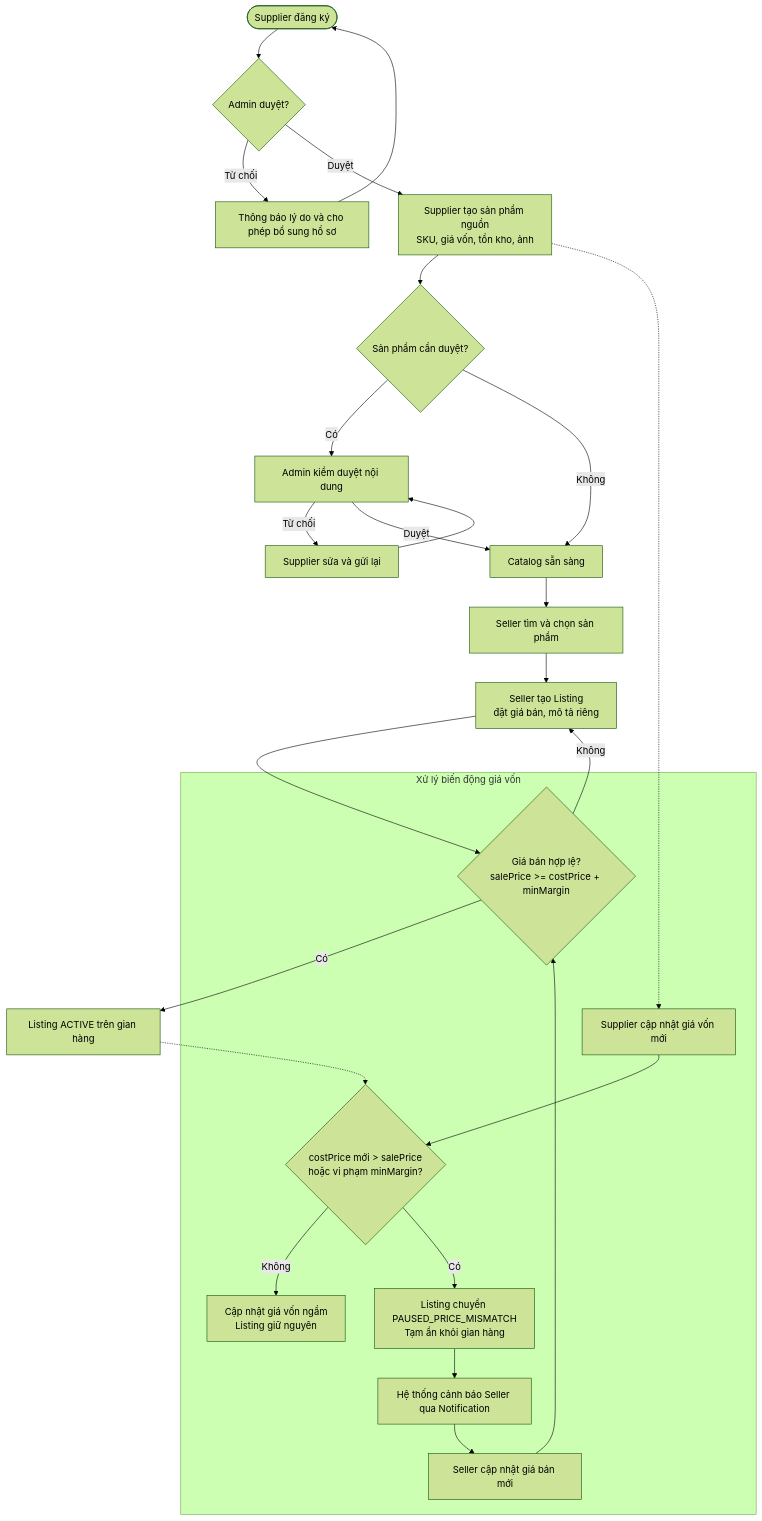
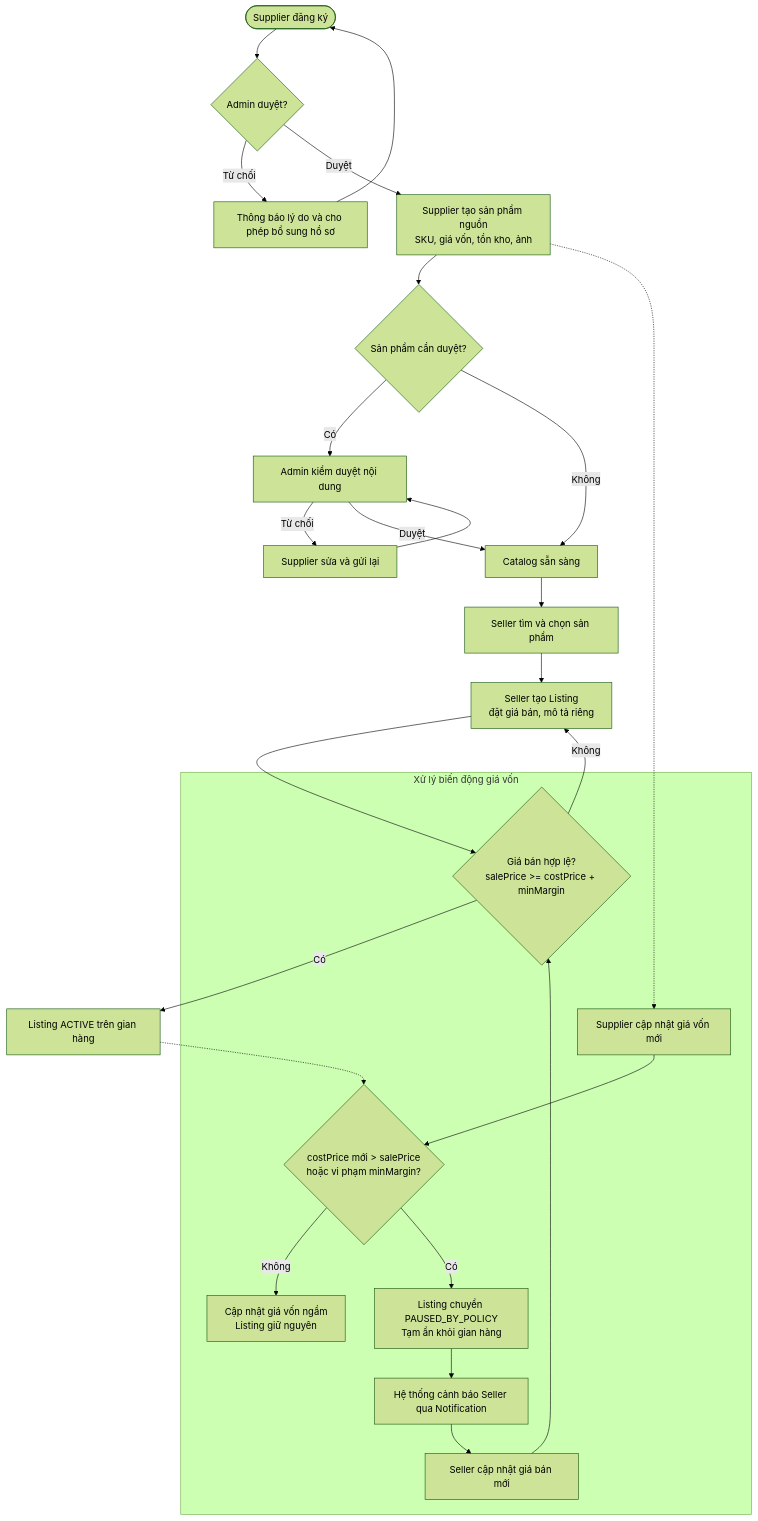
One commit to NguyenVoLyDo/Project-XD-and-PTPM changed the diagram in docs/mermaid/02-onboarding-listing.mmd. Above: the diagram before and after it, drawn with Mermaid (forest theme). The commit also changed 22 other files, not shown here.

```diff
--- a/docs/mermaid/02-onboarding-listing.mmd
+++ b/docs/mermaid/02-onboarding-listing.mmd
@@ -1,27 +1,27 @@
 flowchart TD
   A([Supplier đăng ký]) --> B{Admin duyệt?}
   B -- Từ chối --> BR[Thông báo lý do và cho phép bổ sung hồ sơ]
   BR --> A
   B -- Duyệt --> C[Supplier tạo sản phẩm nguồn\nSKU, giá vốn, tồn kho, ảnh]
   C --> D{Sản phẩm cần duyệt?}
   D -- Có --> E[Admin kiểm duyệt nội dung]
   E -- Từ chối --> EF[Supplier sửa và gửi lại]
   EF --> E
   E -- Duyệt --> F[Catalog sẵn sàng]
   D -- Không --> F
   F --> G[Seller tìm và chọn sản phẩm]
   G --> H[Seller tạo Listing\nđặt giá bán, mô tả riêng]
   H --> I{Giá bán hợp lệ?\nsalePrice >= costPrice + minMargin}
   I -- Không --> H
   I -- Có --> J[Listing ACTIVE trên gian hàng]
 
   subgraph PriceChange[Xử lý biến động giá vốn]
     K[Supplier cập nhật giá vốn mới] --> L{costPrice mới > salePrice\nhoặc vi phạm minMargin?}
     L -- Không --> M[Cập nhật giá vốn ngầm\nListing giữ nguyên]
-    L -- Có --> N[Listing chuyển PAUSED_PRICE_MISMATCH\nTạm ẩn khỏi gian hàng]
+    L -- Có --> N[Listing chuyển PAUSED_BY_POLICY\nTạm ẩn khỏi gian hàng]
     N --> O[Hệ thống cảnh báo Seller qua Notification]
     O --> P[Seller cập nhật giá bán mới]
     P --> I
   end
   C -.-> K
   J -.-> L
```
